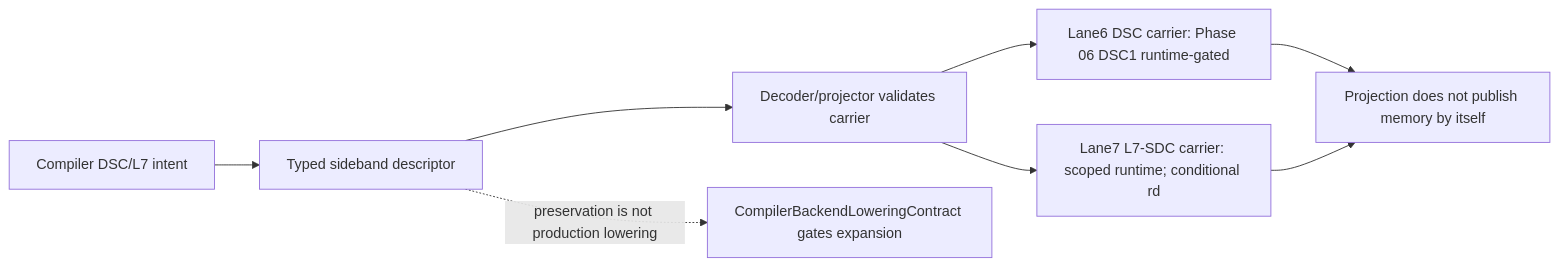
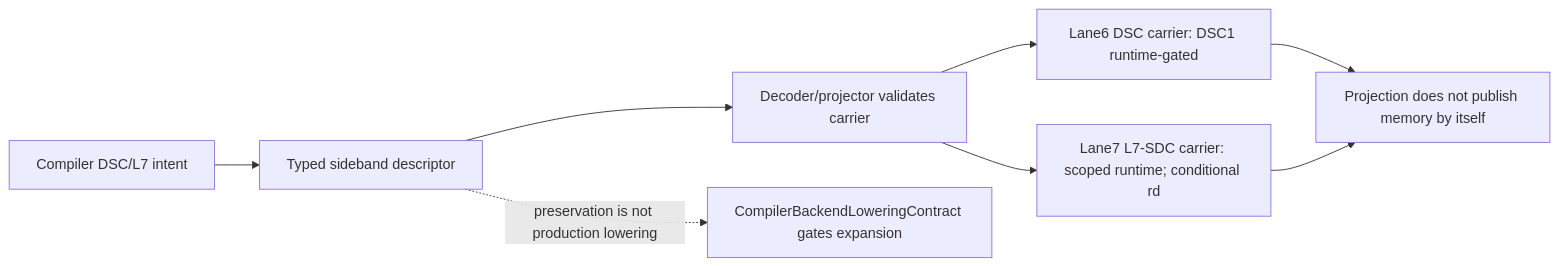
Before and after one commit to yuriyyak23/HybridCPU-v2: the fifth of 15 diagrams in README.md, drawn with Mermaid. The commit also changed other lines of this file, not shown here.

````diff
--- a/README.md
+++ b/README.md
@@ -535,10 +534,10 @@
 ```mermaid
 flowchart LR
     IR["Compiler DSC/L7 intent"] --> SIDE["Typed sideband descriptor"]
     SIDE --> DEC["Decoder/projector validates carrier"]
-    DEC --> DSC["Lane6 DSC carrier: Phase 06 DSC1 runtime-gated"]
+    DEC --> DSC["Lane6 DSC carrier: DSC1 runtime-gated"]
     DEC --> L7["Lane7 L7-SDC carrier: scoped runtime; conditional rd"]
     DSC --> GATED["Projection does not publish memory by itself"]
     L7 --> GATED
     SIDE -. "preservation is not production lowering" .-> GATE["CompilerBackendLoweringContract gates expansion"]
 ```
````
